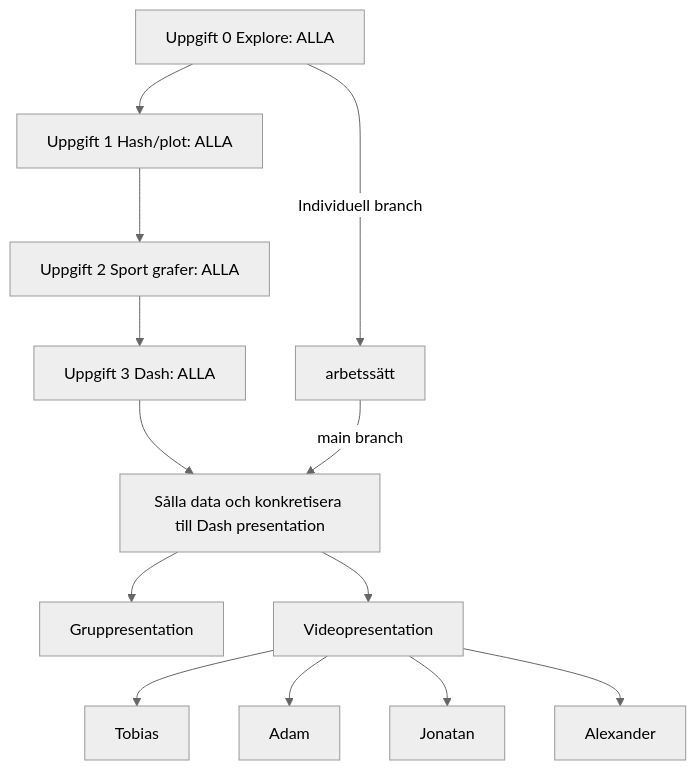
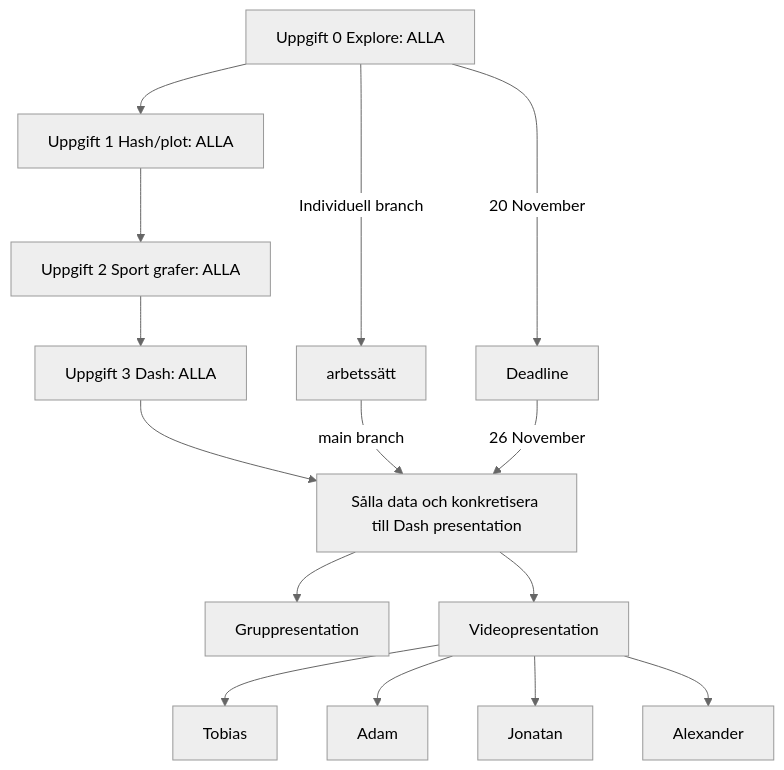
Before and after one commit to zoneme99/Project-OS: the diagram in flowchart.md, drawn with Mermaid (neutral theme).

Commit message:
update chart

````diff
--- a/flowchart.md
+++ b/flowchart.md
@@ -1,17 +1,19 @@
 ```mermaid
 graph TD
 0[Uppgift 0 Explore: ALLA] --> 1[Uppgift 1 Hash/plot: ALLA]
 1 --> 2[Uppgift 2 Sport grafer: ALLA]
 2 --> 3[Uppgift 3 Dash: ALLA]
 3 --> 4[Sålla data och konkretisera till Dash presentation]
 4 --> 5[Gruppresentation]
 4 --> 6[Videopresentation]
 6 --> Tobias
 6 --> Adam
 6 --> Jonatan
 6 --> Alexander
 
 0-- Individuell branch -->arbetssätt
 arbetssätt-- main branch -->4
+0-- 20 November -->Deadline
+Deadline-- 26 November -->4
 
 ```
````
